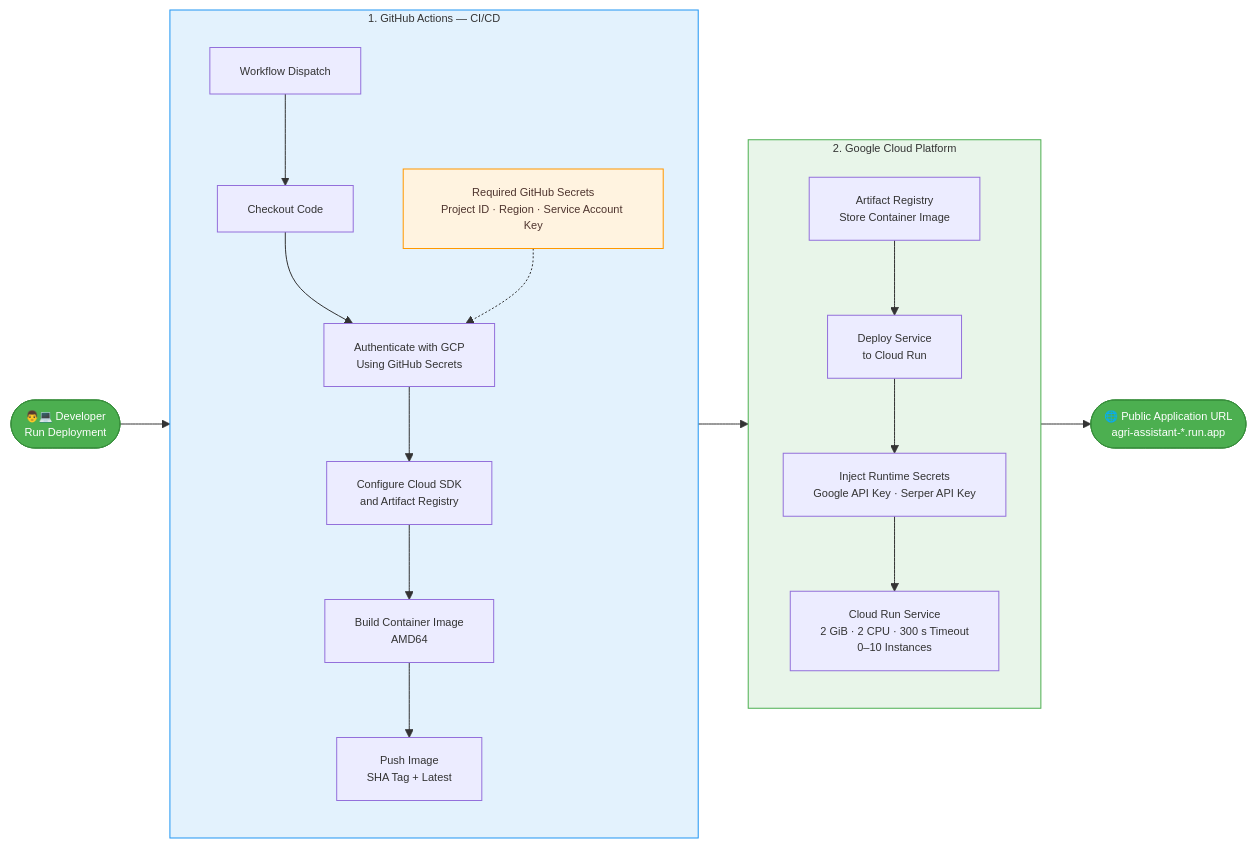
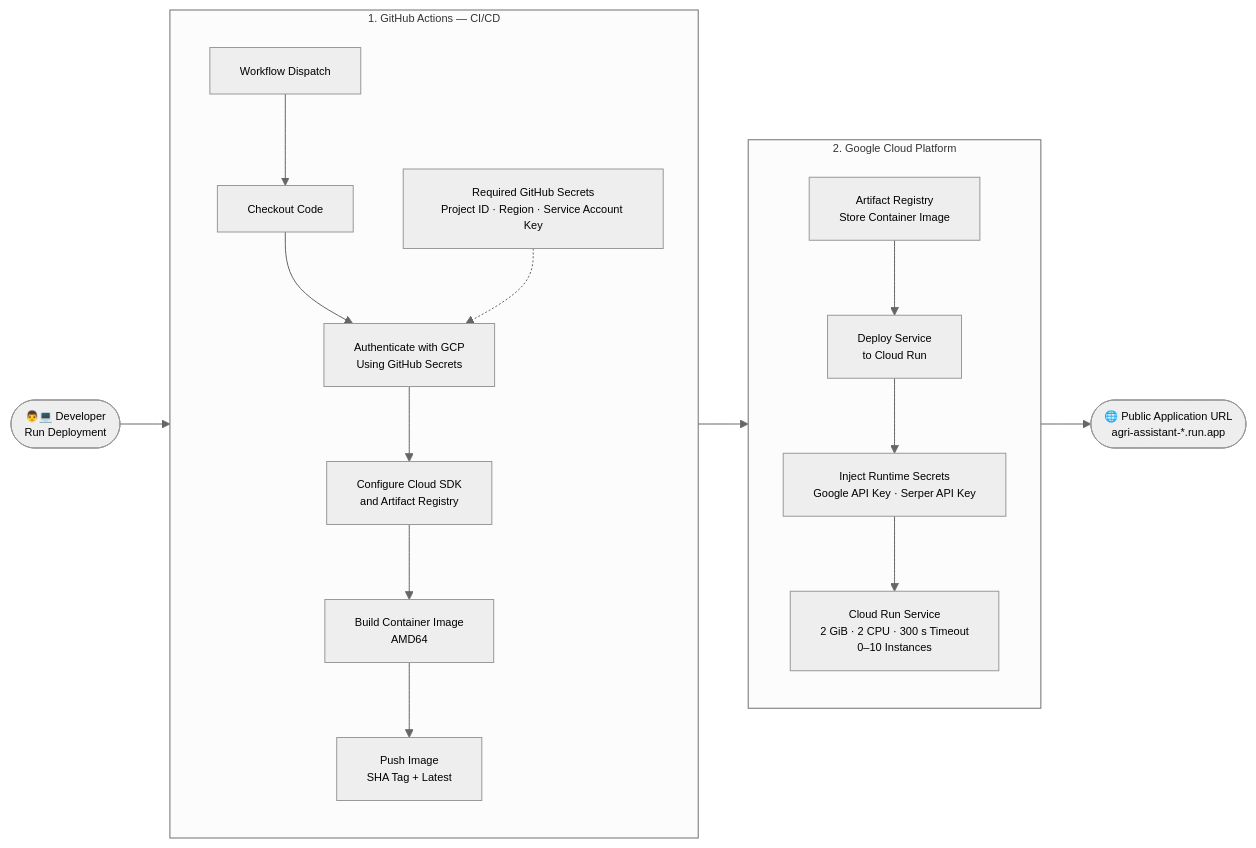
One commit to the-write-path-code/ch09-plant-doctor changed the diagram in workflow/04_cloud_deployment.md. Above: the diagram before and after it, drawn with Mermaid.

Commit message:
Change Mermaid theme to 'neutral' in deployment diagram
Updated Mermaid diagram theme for deployment pipeline.

````diff
--- a/workflow/04_cloud_deployment.md
+++ b/workflow/04_cloud_deployment.md
@@ -7,47 +7,37 @@
 ```mermaid
-%%{init: {"themeVariables": {"fontFamily": "Arial, Helvetica, sans-serif", "fontSize": "11px", "actorFontSize": "11px", "noteFontSize": "10px", "messageFontSize": "10px"}}}%%
+%%{init: {"theme": "neutral", "themeVariables": {"fontFamily": "Arial, Helvetica, sans-serif", "fontSize": "11px", "actorFontSize": "11px", "noteFontSize": "10px", "messageFontSize": "10px"}}}%%
 flowchart LR
     A(["👨💻 Developer<br/>Run Deployment"])
 
     subgraph GHA["1. GitHub Actions — CI/CD"]
         direction TB
         B["Workflow Dispatch"]
         C["Checkout Code"]
         D["Authenticate with GCP<br/>Using GitHub Secrets"]
         E["Configure Cloud SDK<br/>and Artifact Registry"]
         F["Build Container Image<br/>AMD64"]
         G["Push Image<br/>SHA Tag + Latest"]
 
         S["Required GitHub Secrets<br/>Project ID · Region · Service Account Key"]
 
         B --> C --> D --> E --> F --> G
         S -.-> D
     end
 
     subgraph GCP["2. Google Cloud Platform"]
         direction TB
         H["Artifact Registry<br/>Store Container Image"]
         I["Deploy Service<br/>to Cloud Run"]
         J["Inject Runtime Secrets<br/>Google API Key · Serper API Key"]
         K["Cloud Run Service<br/>2 GiB · 2 CPU · 300 s Timeout<br/>0–10 Instances"]
 
         H --> I --> J --> K
     end
 
     M(["🌐 Public Application URL<br/>agri-assistant-*.run.app"])
 
     A --> GHA
     GHA --> GCP
     GCP --> M
 
-    classDef trigger fill:#4CAF50,color:#fff,stroke:#388E3C
-    classDef secret fill:#FFF3E0,color:#4E342E,stroke:#FF9800
-    classDef output fill:#4CAF50,color:#fff,stroke:#388E3C
-
-    class A trigger
-    class S secret
-    class M output
-
-    style GHA fill:#E3F2FD,stroke:#2196F3
-    style GCP fill:#E8F5E9,stroke:#4CAF50
 ```
````
